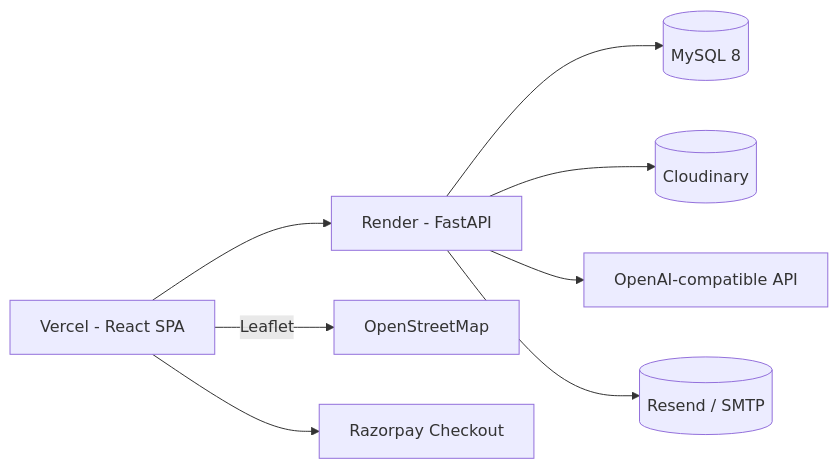
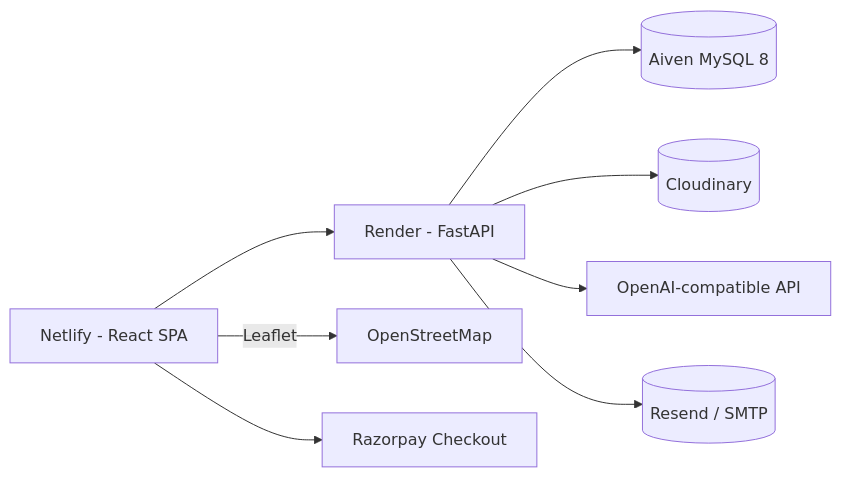
The diagram in docs/deployment.md (shreyasadawarti/legal-connect), drawn with Mermaid before and after one commit. The commit also changed other lines of this file and 13 other files, not shown here.

````diff
--- a/docs/deployment.md
+++ b/docs/deployment.md
@@ -16,10 +16,10 @@
 ```mermaid
 flowchart LR
-    V[Vercel - React SPA] --> B[Render - FastAPI]
-    B --> M[(MySQL 8)]
+    V[Netlify - React SPA] --> B[Render - FastAPI]
+    B --> M[(Aiven MySQL 8)]
     B --> C[(Cloudinary)]
     B --> AI[OpenAI-compatible API]
     B --> E[(Resend / SMTP)]
     V -->|Leaflet| O[OpenStreetMap]
     V --> RAZ[Razorpay Checkout]
 ```
````
